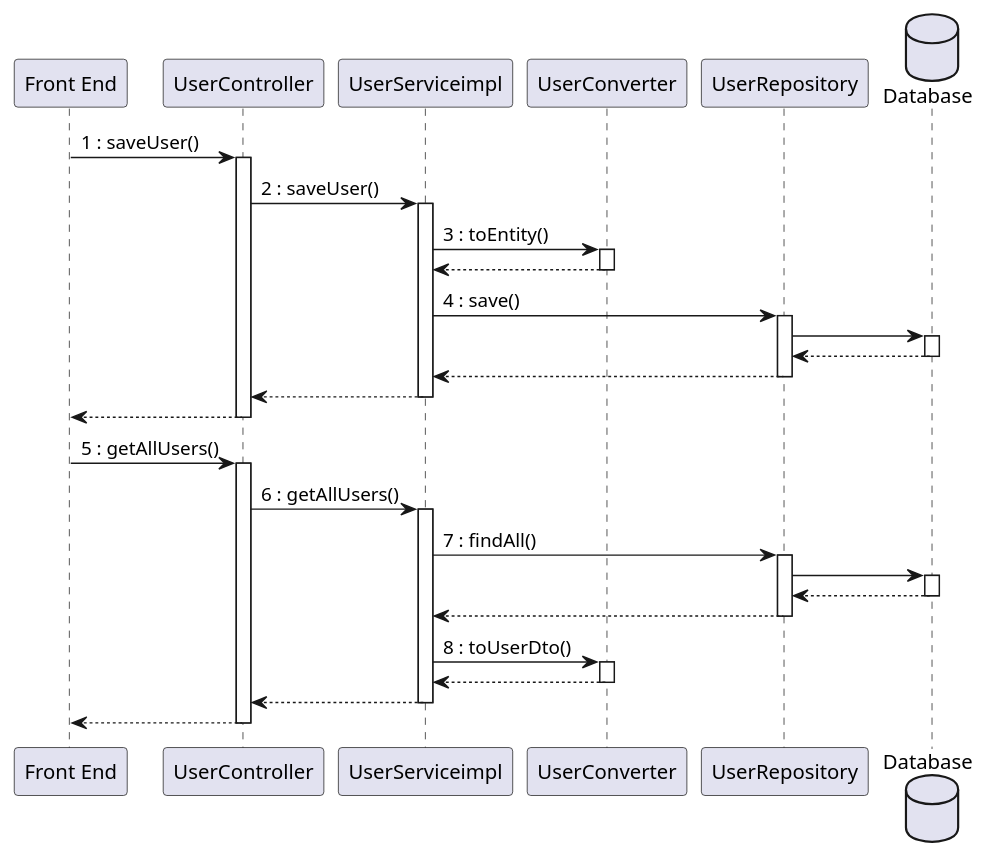
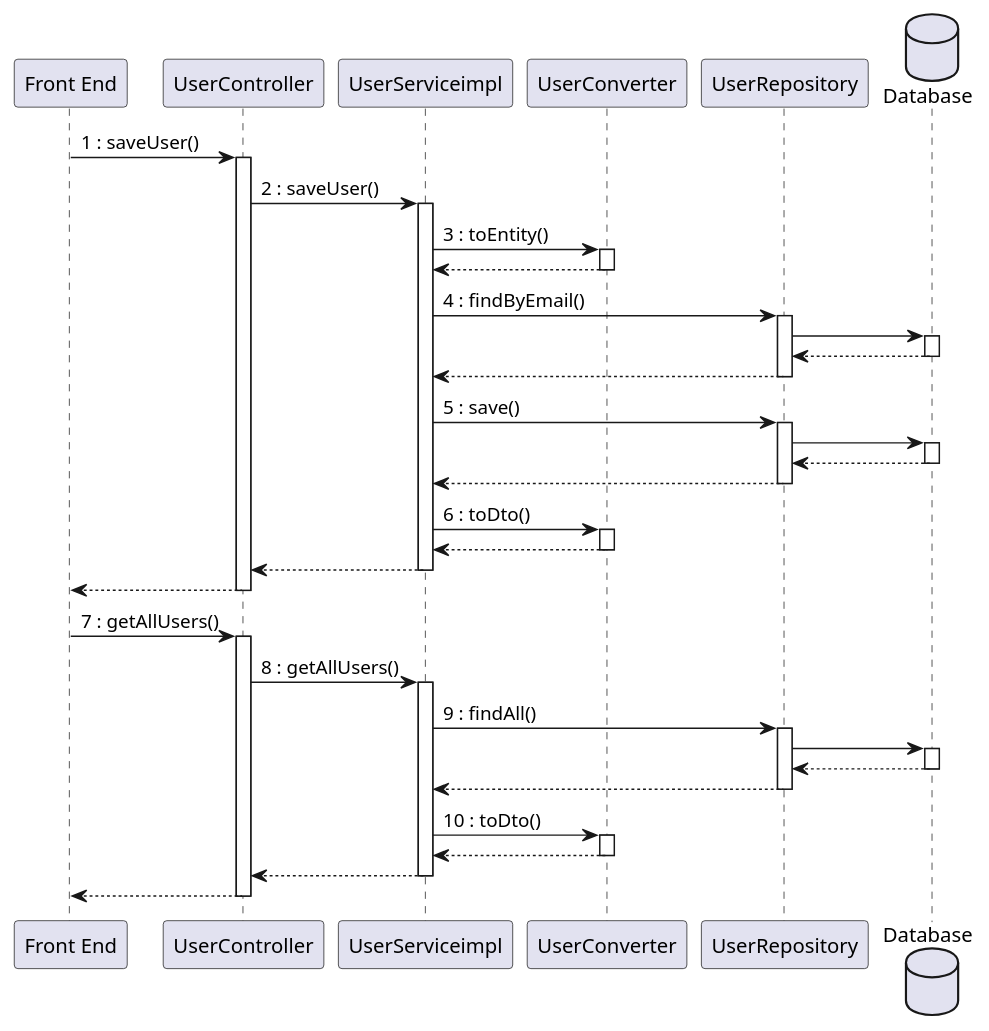
The fifth of 15 diagrams in docs/DesignDocument.md (mosTavassoli/ezgas), drawn with PlantUML before and after one commit. The commit also changed other lines of this file, not shown here.

Commit message:
docs(DesignDocument): edit sequence diagram use case 1

````diff
--- a/docs/DesignDocument.md
+++ b/docs/DesignDocument.md
@@ -477,34 +477,42 @@
 ```plantuml
 database Database order 30
 "Front End" -> UserController:1 : saveUser()
 activate UserController
 UserController -> UserServiceimpl:2 : saveUser()
 activate UserServiceimpl
 UserServiceimpl -> UserConverter:3 : toEntity()
 activate UserConverter
 return
-UserServiceimpl -> UserRepository:4 : save()
+UserServiceimpl -> UserRepository:4 : findByEmail()
+activate UserRepository
+UserRepository -> Database:
+activate Database
+return
+return
+UserServiceimpl -> UserRepository:5 : save()
 activate UserRepository
 UserRepository -> Database
 activate Database
 return
 return
+UserServiceimpl -> UserConverter:6 : toDto()
+activate UserConverter
 return
 return
-
-"Front End" -> UserController:5 : getAllUsers()
+return
+"Front End" -> UserController:7 : getAllUsers()
 activate UserController
-UserController -> UserServiceimpl:6 : getAllUsers()
+UserController -> UserServiceimpl:8 : getAllUsers()
 activate UserServiceimpl
-UserServiceimpl -> UserRepository:7 : findAll()
+UserServiceimpl -> UserRepository:9 : findAll()
 activate UserRepository
 UserRepository -> Database
 activate Database
 return
 return
-UserServiceimpl -> UserConverter:8 : toUserDto()
+UserServiceimpl -> UserConverter:10 : toDto()
 activate UserConverter
 return
 return
 return
 ```
````
